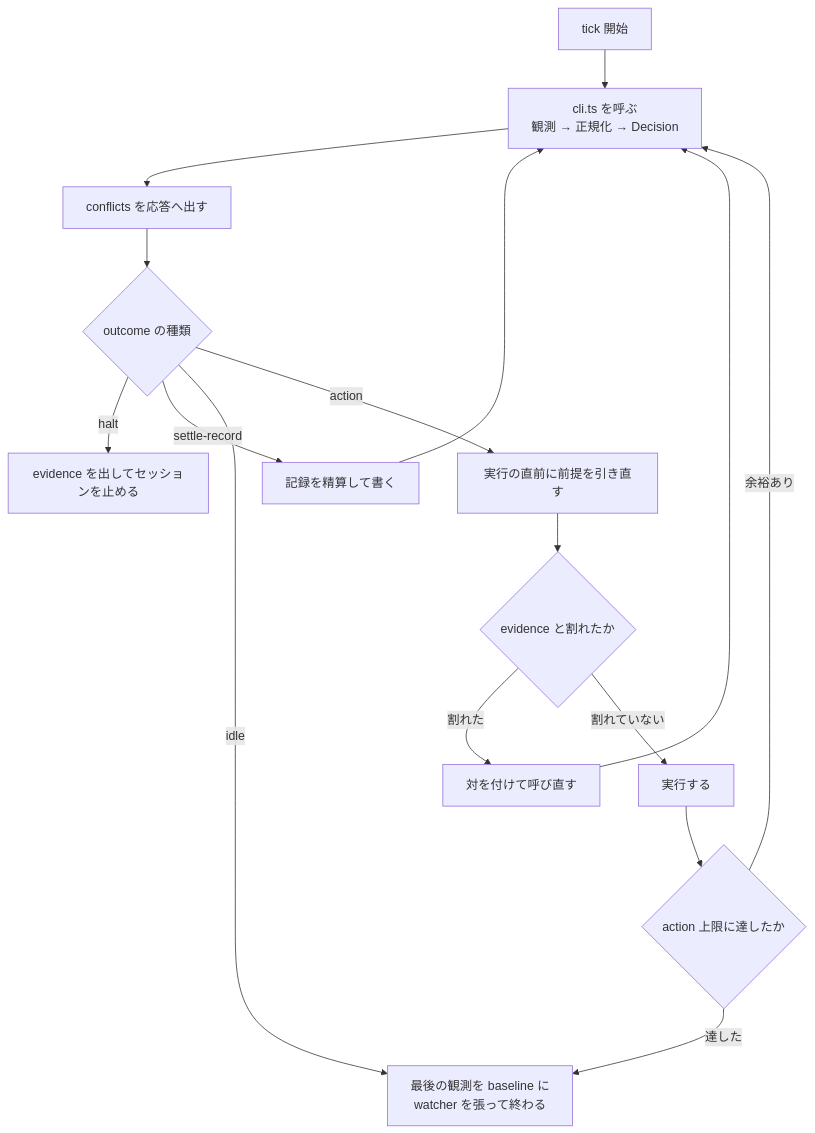
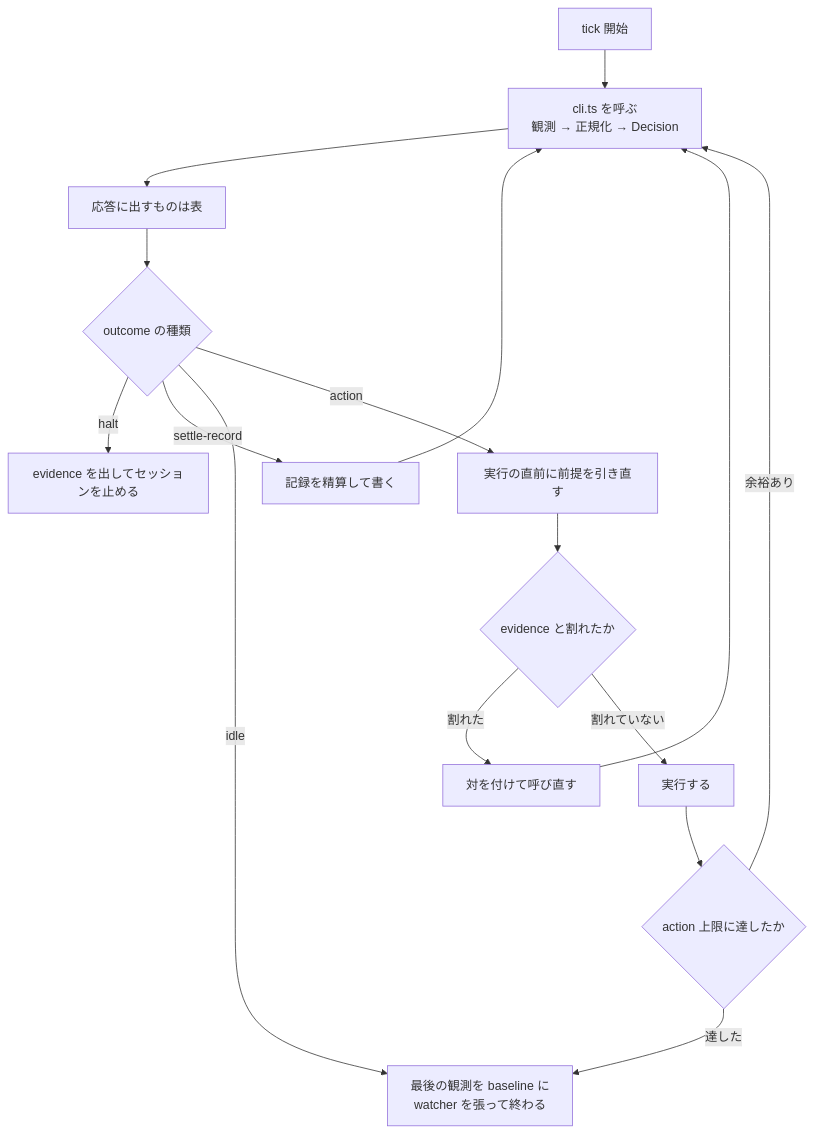
One commit to usagizmo/agentfiles changed the diagram in agents/skills/conductor/SKILL.md. Above: the diagram before and after it, drawn with Mermaid. The commit also changed other lines of this file and 6 other files, not shown here.

````diff
--- a/agents/skills/conductor/SKILL.md
+++ b/agents/skills/conductor/SKILL.md
@@ -148,18 +148,18 @@
 ```mermaid
 flowchart TD
     S[tick 開始] --> D[cli.ts を呼ぶ<br/>観測 → 正規化 → Decision]
-    D --> C[conflicts を応答へ出す]
+    D --> C[応答に出すものは表]
     C --> K{outcome の種類}
     K -->|halt| STOP[evidence を出してセッションを止める]
     K -->|settle-record| W[記録を精算して書く]
     W --> D
     K -->|idle| END[最後の観測を baseline に<br/>watcher を張って終わる]
     K -->|action| DO[実行の直前に前提を引き直す]
     DO --> PREM{evidence と割れたか}
     PREM -->|割れた| GAP[対を付けて呼び直す]
     GAP --> D
     PREM -->|割れていない| RUN[実行する]
     RUN --> A{action 上限に達したか}
     A -->|達した| END
     A -->|余裕あり| D
 ```
````
